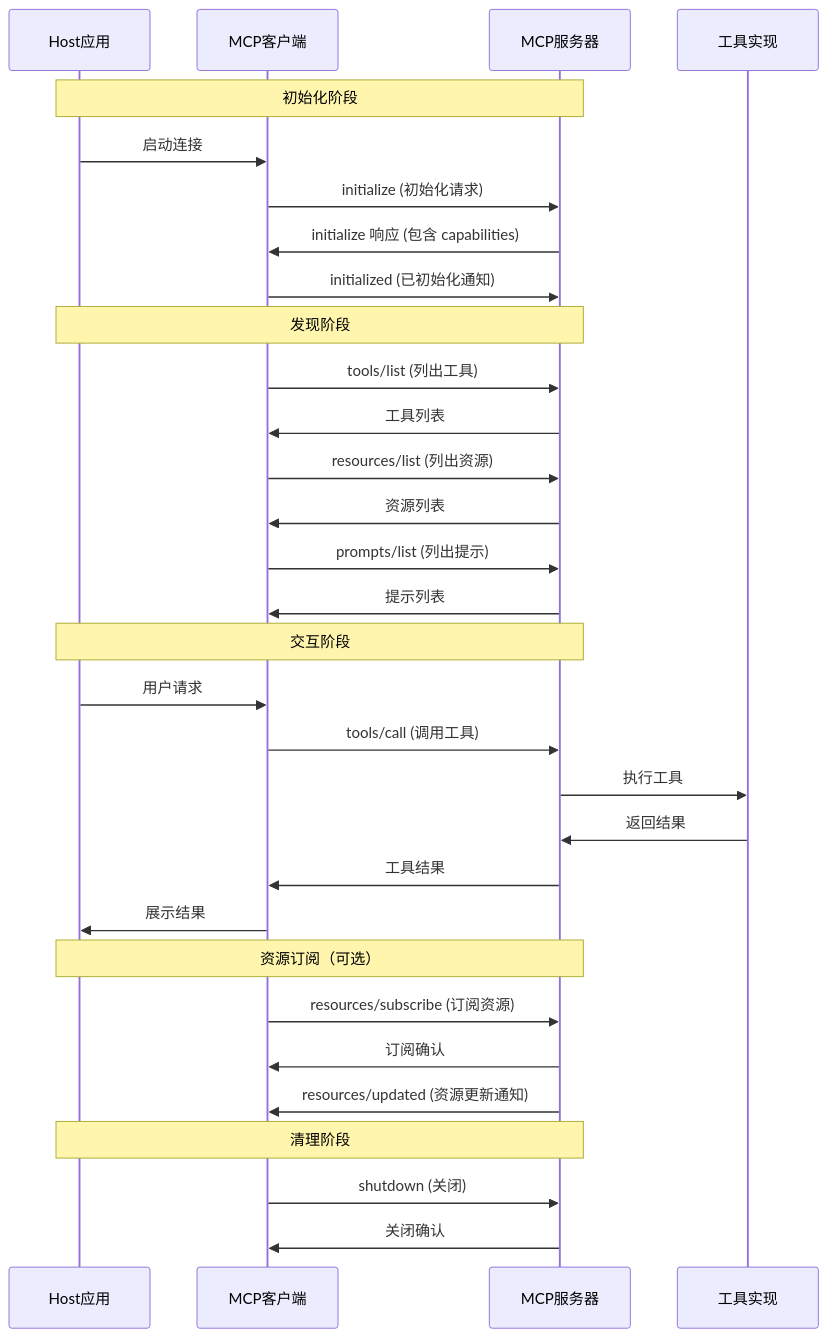
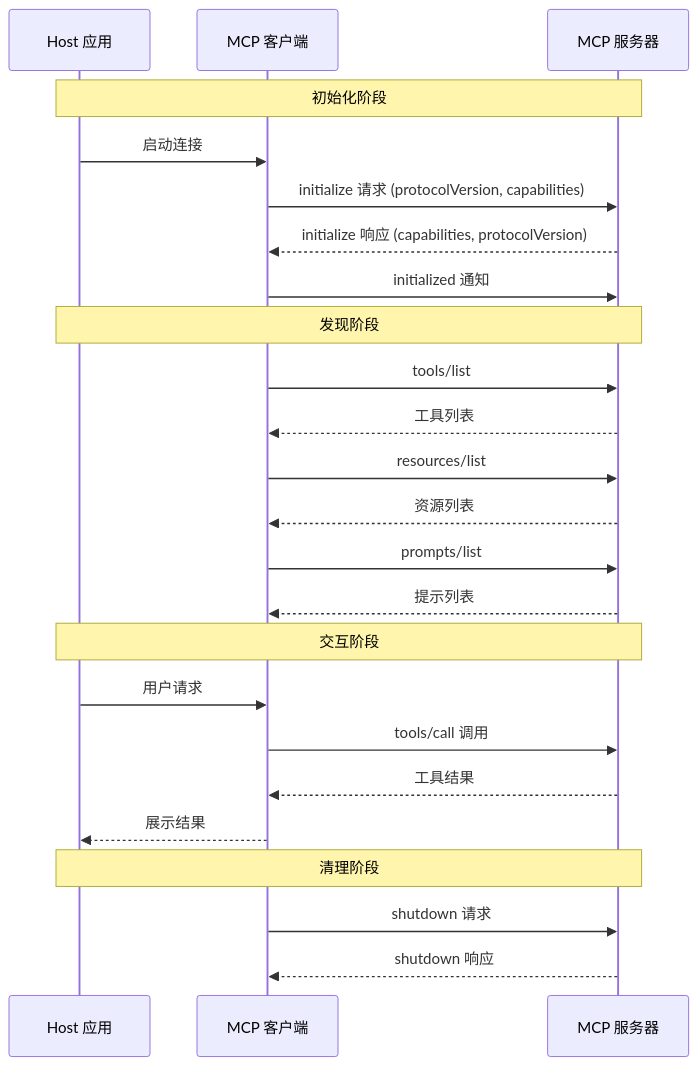
Before and after one commit to MiyakoMeow/neco: the first of 12 diagrams in progress/external-mcp-interaction-flows.md, drawn with Mermaid. The commit also changed other lines of this file and 9 other files, not shown here.

````diff
--- a/progress/external-mcp-interaction-flows.md
+++ b/progress/external-mcp-interaction-flows.md
@@ -5,38 +22,30 @@
 ```mermaid
 sequenceDiagram
-    participant Host as Host应用
-    participant Client as MCP客户端
-    participant Server as MCP服务器
-    participant Tool as 工具实现
+    participant Host as Host 应用
+    participant Client as MCP 客户端
+    participant Server as MCP 服务器
 
     Note over Host,Server: 初始化阶段
     Host->>Client: 启动连接
-    Client->>Server: initialize (初始化请求)
-    Server->>Client: initialize 响应 (包含 capabilities)
-    Client->>Server: initialized (已初始化通知)
+    Client->>Server: initialize 请求 (protocolVersion, capabilities)
+    Server-->>Client: initialize 响应 (capabilities, protocolVersion)
+    Client->>Server: initialized 通知
 
     Note over Host,Server: 发现阶段
-    Client->>Server: tools/list (列出工具)
-    Server->>Client: 工具列表
-    Client->>Server: resources/list (列出资源)
-    Server->>Client: 资源列表
-    Client->>Server: prompts/list (列出提示)
-    Server->>Client: 提示列表
+    Client->>Server: tools/list
+    Server-->>Client: 工具列表
+    Client->>Server: resources/list
+    Server-->>Client: 资源列表
+    Client->>Server: prompts/list
+    Server-->>Client: 提示列表
 
     Note over Host,Server: 交互阶段
     Host->>Client: 用户请求
-    Client->>Server: tools/call (调用工具)
-    Server->>Tool: 执行工具
-    Tool->>Server: 返回结果
-    Server->>Client: 工具结果
-    Client->>Host: 展示结果
-
-    Note over Host,Server: 资源订阅（可选）
-    Client->>Server: resources/subscribe (订阅资源)
-    Server->>Client: 订阅确认
-    Server->>Client: resources/updated (资源更新通知)
+    Client->>Server: tools/call 调用
+    Server-->>Client: 工具结果
+    Client-->>Host: 展示结果
 
     Note over Host,Server: 清理阶段
-    Client->>Server: shutdown (关闭)
-    Server->>Client: 关闭确认
+    Client->>Server: shutdown 请求
+    Server-->>Client: shutdown 响应
 ```
````
